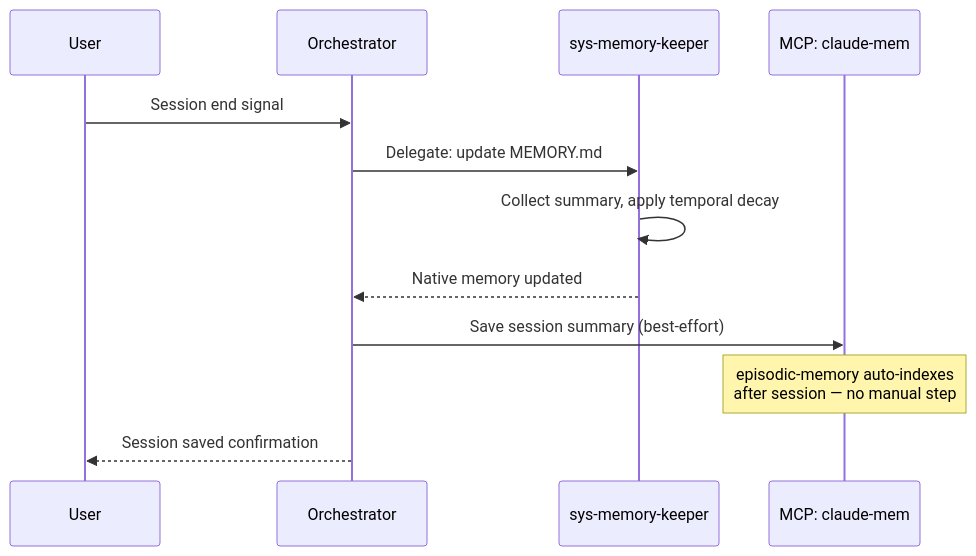
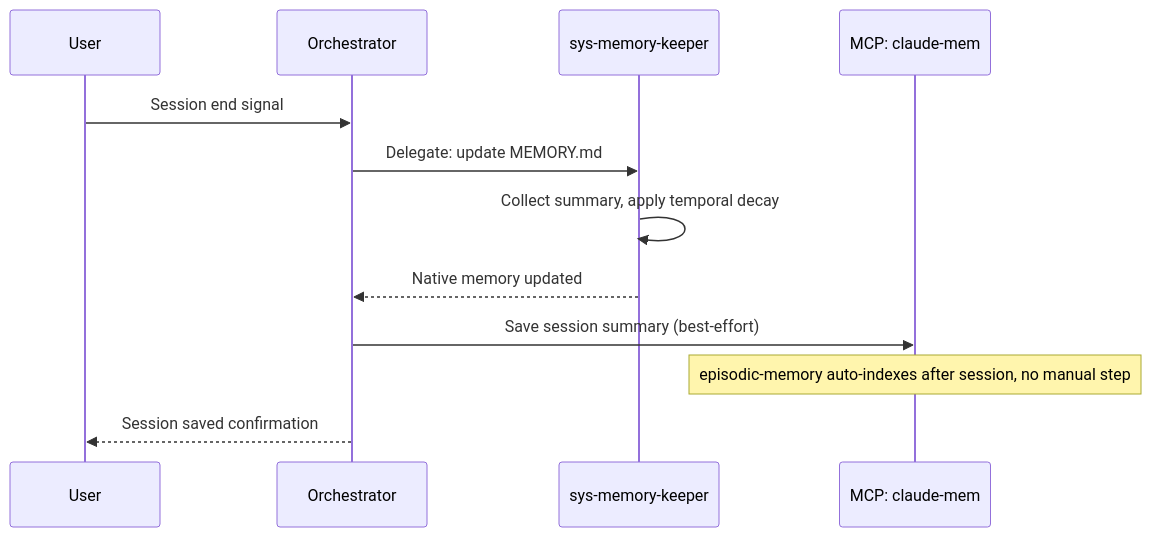
One commit to baekenough/oh-my-customcode changed the sixth of 8 diagrams in ARCHITECTURE.md. Above: the diagram before and after it, drawn with Mermaid. The commit also changed other lines of this file and 14 other files, not shown here.

````diff
--- a/ARCHITECTURE.md
+++ b/ARCHITECTURE.md
@@ -444,15 +444,15 @@
 ```mermaid
 sequenceDiagram
     participant U as User
     participant O as Orchestrator
     participant SMK as sys-memory-keeper
     participant MCP as MCP: claude-mem
 
     U->>O: Session end signal
     O->>SMK: Delegate: update MEMORY.md
     SMK->>SMK: Collect summary, apply temporal decay
     SMK-->>O: Native memory updated
     O->>MCP: Save session summary (best-effort)
-    Note over MCP: episodic-memory auto-indexes<br/>after session — no manual step
+    Note over MCP: episodic-memory auto-indexes after session, no manual step
     O-->>U: Session saved confirmation
 ```
````
